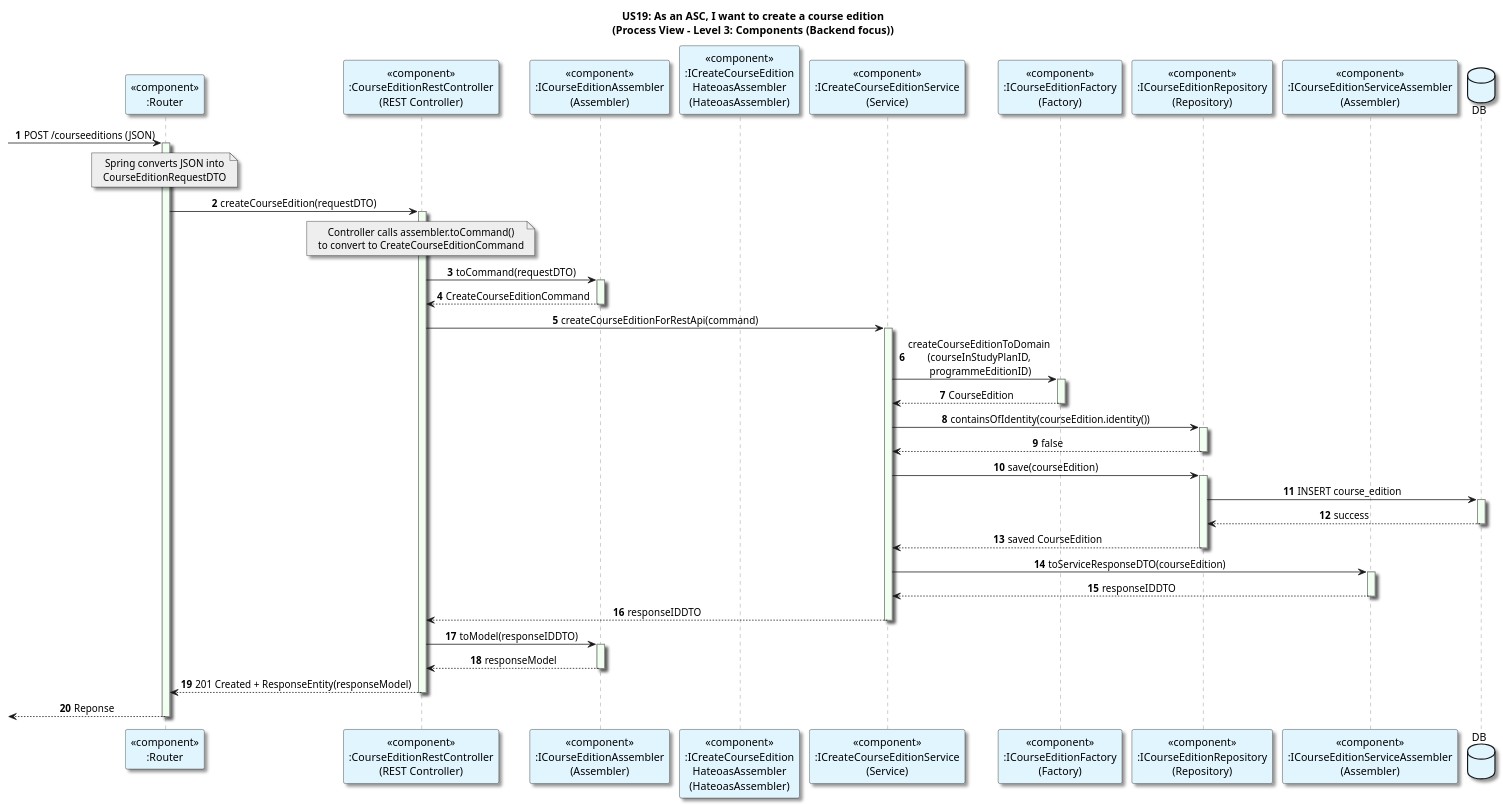
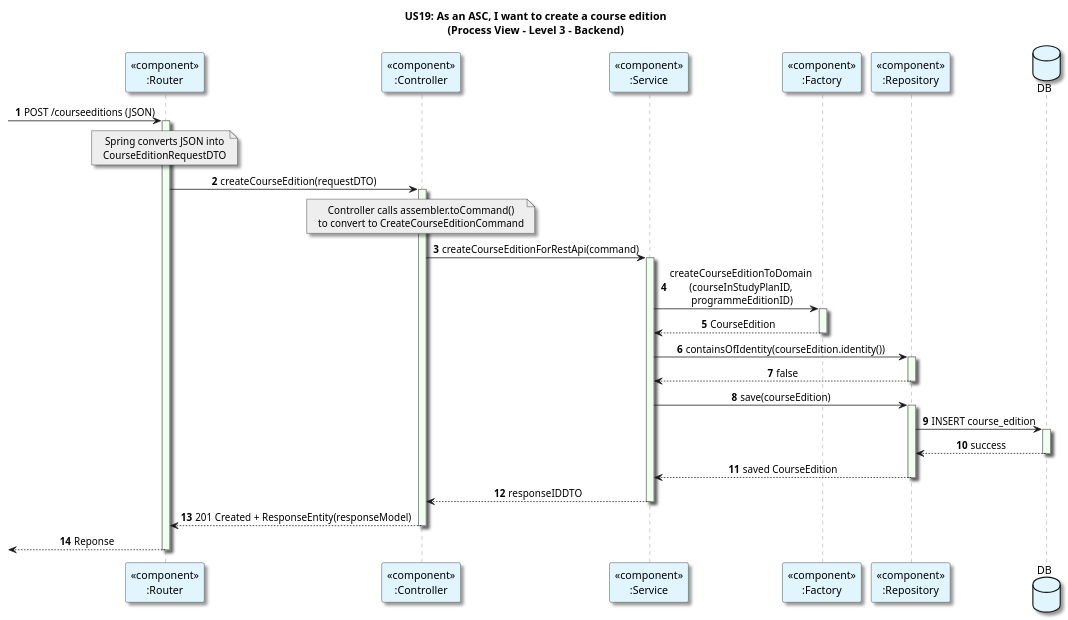
Before and after one commit to GasparISEP/DevOps-PAI: the diagram in docs/US19/Sprint7_RestAPI/ProcessView/Level3Granularity.puml, drawn with PlantUML.

Commit message:
[docs]: update Level3Granularity.puml to simplify component labels and enhance clarity for course edition creation process #708 #710

```diff
--- a/docs/US19/Sprint7_RestAPI/ProcessView/Level3Granularity.puml
+++ b/docs/US19/Sprint7_RestAPI/ProcessView/Level3Granularity.puml
@@ -1,94 +1,82 @@
 @startuml
-title: US19: As an ASC, I want to create a course edition\n(Process View - Level 3: Components (Backend focus))
+title: US19: As an ASC, I want to create a course edition\n(Process View - Level 3 - Backend)
 autonumber
 
 skinparam {
   ActivityPadding 2
   ActivityMargin 2
   BoxPadding 2
 }
 skinparam sequence {
     LifeLineBorderColor Grey
     LifeLineBackgroundColor HoneyDew
 }
 skinparam defaultTextAlignment center
 skinparam shadowing true
 
 participant "<<component>>\n:Router" as Router #E1F5FE
-participant "<<component>>\n:CourseEditionRestController\n(REST Controller)" as Controller #E1F5FE
-participant "<<component>>\n:ICourseEditionAssembler\n(Assembler)" as Assembler #E1F5FE
-participant "<<component>>\n:ICreateCourseEdition\nHateoasAssembler\n(HateoasAssembler)" as HatAssembler #E1F5FE
-participant "<<component>>\n:ICreateCourseEditionService\n(Service)" as Service #E1F5FE
-participant "<<component>>\n:ICourseEditionFactory\n(Factory)" as Factory #E1F5FE
-participant "<<component>>\n:ICourseEditionRepository\n(Repository)" as Repository #E1F5FE
-participant "<<component>>\n:ICourseEditionServiceAssembler\n(Assembler)" as SAssembler #E1F5FE
+participant "<<component>>\n:Controller" as Controller #E1F5FE
+participant "<<component>>\n:Service" as Service #E1F5FE
+participant "<<component>>\n:Factory" as Factory #E1F5FE
+participant "<<component>>\n:Repository" as Repository #E1F5FE
 
 database DB as DB #E1F5FE
 
 -> Router: POST /courseeditions (JSON)
 activate Router
 note over Router #EEEEEE
 Spring converts JSON into
 CourseEditionRequestDTO
 end note
 Router -> Controller: createCourseEdition(requestDTO)
 activate Controller
 
 note over Controller #EEEEEE
 Controller calls assembler.toCommand()
 to convert to CreateCourseEditionCommand
 end note
 
-Controller -> Assembler: toCommand(requestDTO)
-activate Assembler
-Assembler --> Controller: CreateCourseEditionCommand
-deactivate Assembler
+
 
 Controller -> Service: createCourseEditionForRestApi(command)
 activate Service
 
 
 Service -> Factory: createCourseEditionToDomain\n(courseInStudyPlanID,\n programmeEditionID)
 activate Factory
 
 Factory --> Service: CourseEdition
 deactivate Factory
 
 Service -> Repository: containsOfIdentity(courseEdition.identity())
 activate Repository
 Repository --> Service: false
 deactivate Repository
 
 Service -> Repository: save(courseEdition)
 activate Repository
 
 Repository -> DB: INSERT course_edition
 activate DB
 DB --> Repository: success
 deactivate DB
 
 Repository --> Service: saved CourseEdition
 deactivate Repository
 
 
 
-    Service -> SAssembler: toServiceResponseDTO(courseEdition)
-    activate SAssembler
-    SAssembler --> Service: responseIDDTO
-    deactivate SAssembler
+
     Service --> Controller: responseIDDTO
     deactivate Service
-    Controller -> Assembler: toModel(responseIDDTO)
-    activate Assembler
-    Assembler --> Controller: responseModel
-    deactivate Assembler
+
 
     Controller --> Router: 201 Created + ResponseEntity(responseModel)
 
 
 
 deactivate Controller
 
 <-- Router: Reponse
 deactivate Router
 @enduml
```
